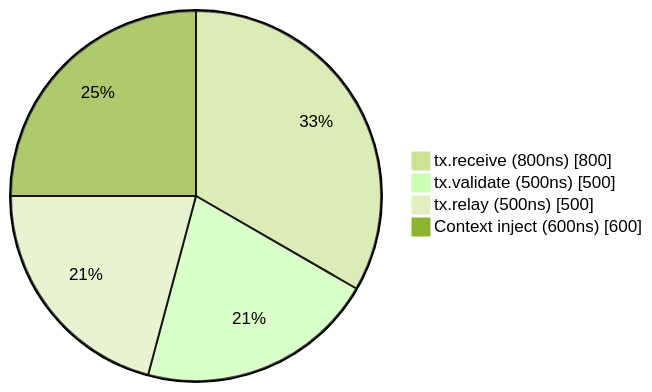
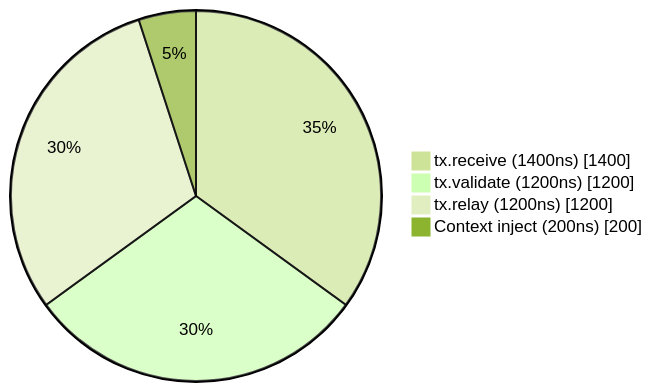
One commit to XRPLF/rippled changed the second of 6 diagrams in OpenTelemetryPlan/03-implementation-strategy.md. Above: the diagram before and after it, drawn with Mermaid (forest theme). The commit also changed other lines of this file and 12 other files, not shown here.

````diff
--- a/OpenTelemetryPlan/03-implementation-strategy.md
+++ b/OpenTelemetryPlan/03-implementation-strategy.md
@@ -112,8 +123,8 @@
 ```mermaid
 %%{init: {'pie': {'textPosition': 0.75}}}%%
 pie showData
-    "tx.receive (800ns)" : 800
-    "tx.validate (500ns)" : 500
-    "tx.relay (500ns)" : 500
-    "Context inject (600ns)" : 600
+    "tx.receive (1400ns)" : 1400
+    "tx.validate (1200ns)" : 1200
+    "tx.relay (1200ns)" : 1200
+    "Context inject (200ns)" : 200
 ```
````
